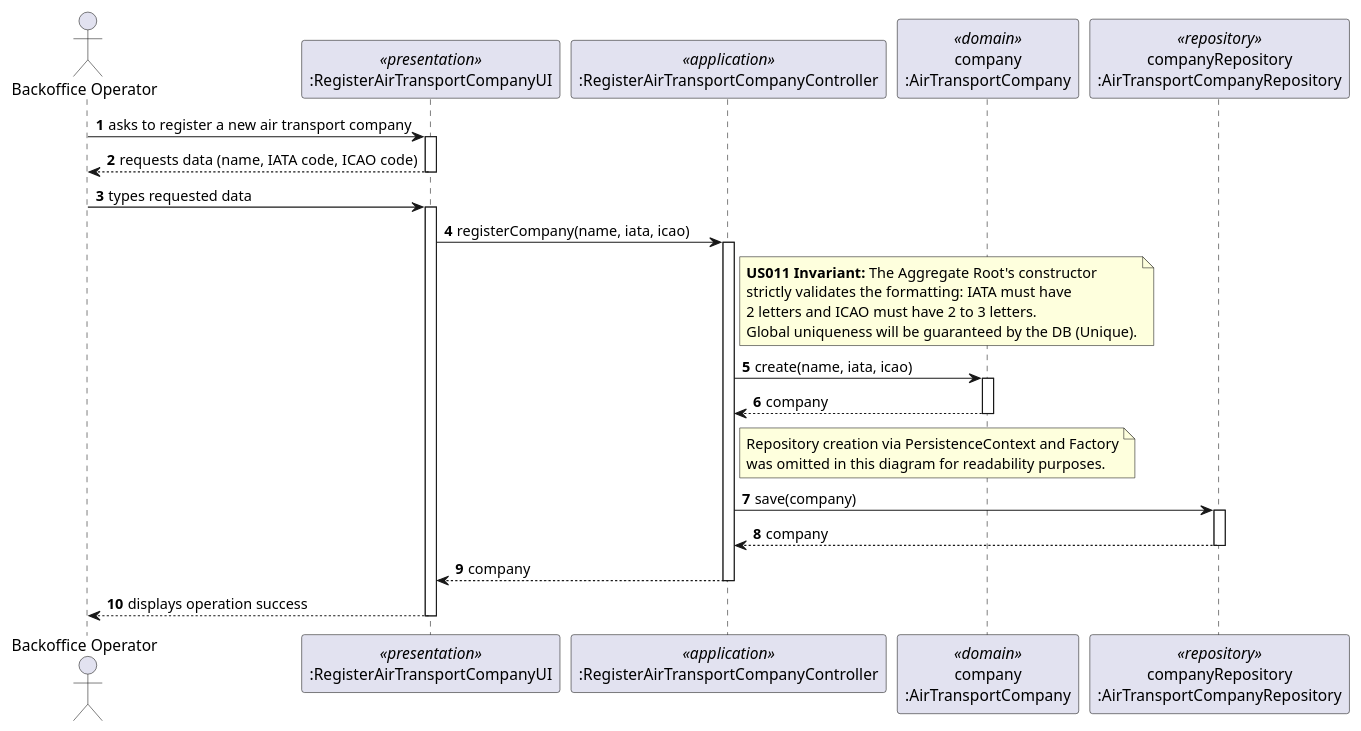
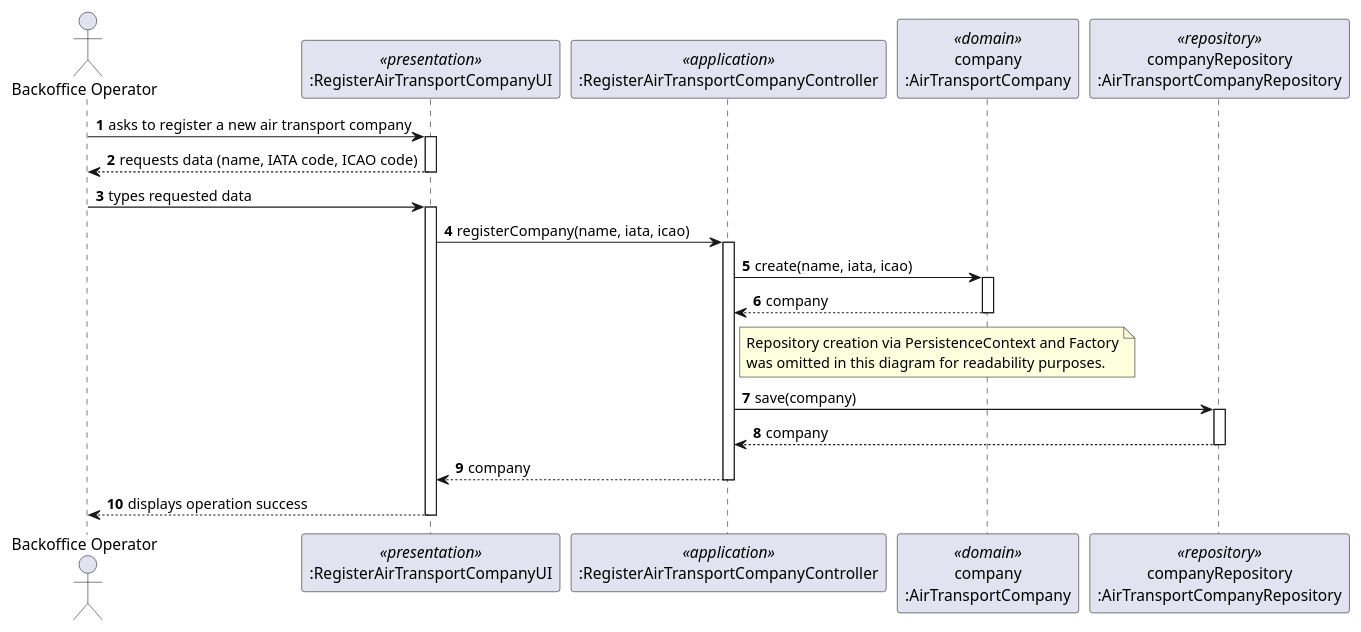
The diagram in docs/us011/aggregate-3_1/aggregate-3_1.puml (brunodspinto/aisafe), drawn with PlantUML before and after one commit. The commit also changed 2 other files, not shown here.

Commit message:
#8 update SD for 3.1 aggregate

```diff
--- a/docs/us011/aggregate-3_1/aggregate-3_1.puml
+++ b/docs/us011/aggregate-3_1/aggregate-3_1.puml
@@ -1,49 +1,43 @@
 @startuml
 autonumber
 
 actor "Backoffice Operator" as BO
 participant ":RegisterAirTransportCompanyUI" as UI <<presentation>>
 participant ":RegisterAirTransportCompanyController" as Controller <<application>>
 participant "company\n:AirTransportCompany" as Domain <<domain>>
 participant "companyRepository\n:AirTransportCompanyRepository" as Repository <<repository>>
 
 BO -> UI : asks to register a new air transport company
 activate UI
 UI --> BO : requests data (name, IATA code, ICAO code)
 deactivate UI
 
 BO -> UI : types requested data
 activate UI
 
 UI -> Controller : registerCompany(name, iata, icao)
 activate Controller
 
-note right of Controller
-  **US011 Invariant:** The Aggregate Root's constructor
-  strictly validates the formatting: IATA must have
-  2 letters and ICAO must have 2 to 3 letters.
-  Global uniqueness will be guaranteed by the DB (Unique).
-end note
 
 Controller -> Domain : create(name, iata, icao)
 activate Domain
 Domain --> Controller : company
 deactivate Domain
 
 note right of Controller
   Repository creation via PersistenceContext and Factory
   was omitted in this diagram for readability purposes.
 end note
 
 Controller -> Repository : save(company)
 activate Repository
 Repository --> Controller : company
 deactivate Repository
 
 Controller --> UI : company
 deactivate Controller
 
 UI --> BO : displays operation success
 deactivate UI
 
 @enduml
```
